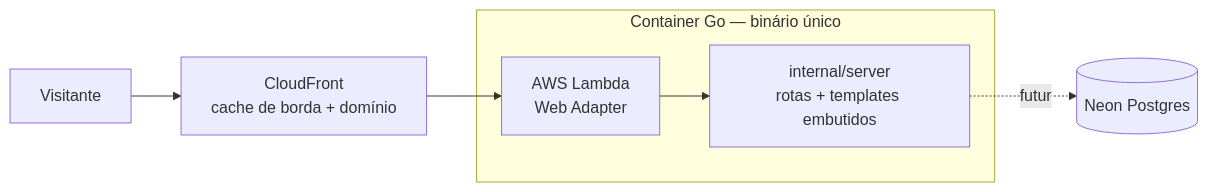
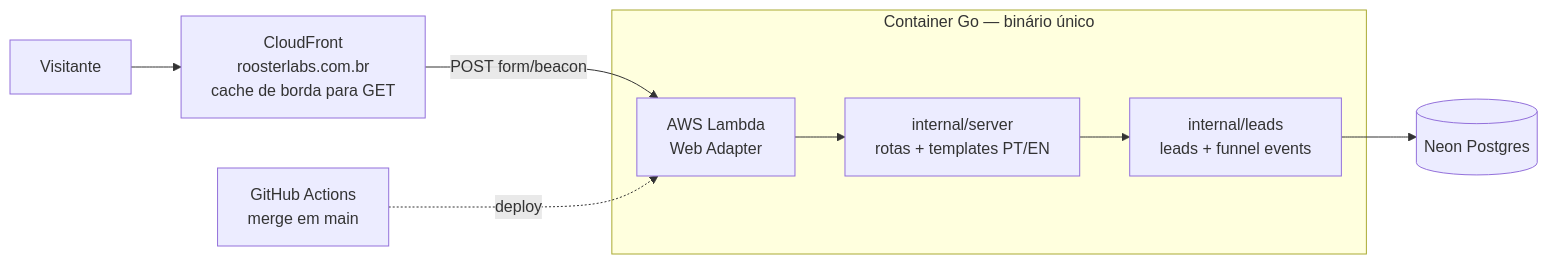
Before and after one commit to ppbrasil/roosterlabs: the diagram in docs/architecture.md, drawn with Mermaid. The commit also changed other lines of this file and 46 other files, not shown here.

````diff
--- a/docs/architecture.md
+++ b/docs/architecture.md
@@ -7,9 +7,11 @@
 ```mermaid
 flowchart LR
-    V[Visitante] --> CF[CloudFront\ncache de borda + domínio]
-    CF --> L[AWS Lambda\nWeb Adapter]
+    V[Visitante] --> CF[CloudFront\nroosterlabs.com.br\ncache de borda para GET]
+    CF -->|POST form/beacon| L[AWS Lambda\nWeb Adapter]
     subgraph container [Container Go — binário único]
-        L --> S[internal/server\nrotas + templates embutidos]
+        L --> S[internal/server\nrotas + templates PT/EN]
+        S --> LD[internal/leads\nleads + funnel events]
     end
-    S -.futuro.-> DB[(Neon Postgres)]
+    LD --> DB[(Neon Postgres)]
+    GH[GitHub Actions\nmerge em main] -.deploy.-> L
 ```
````
